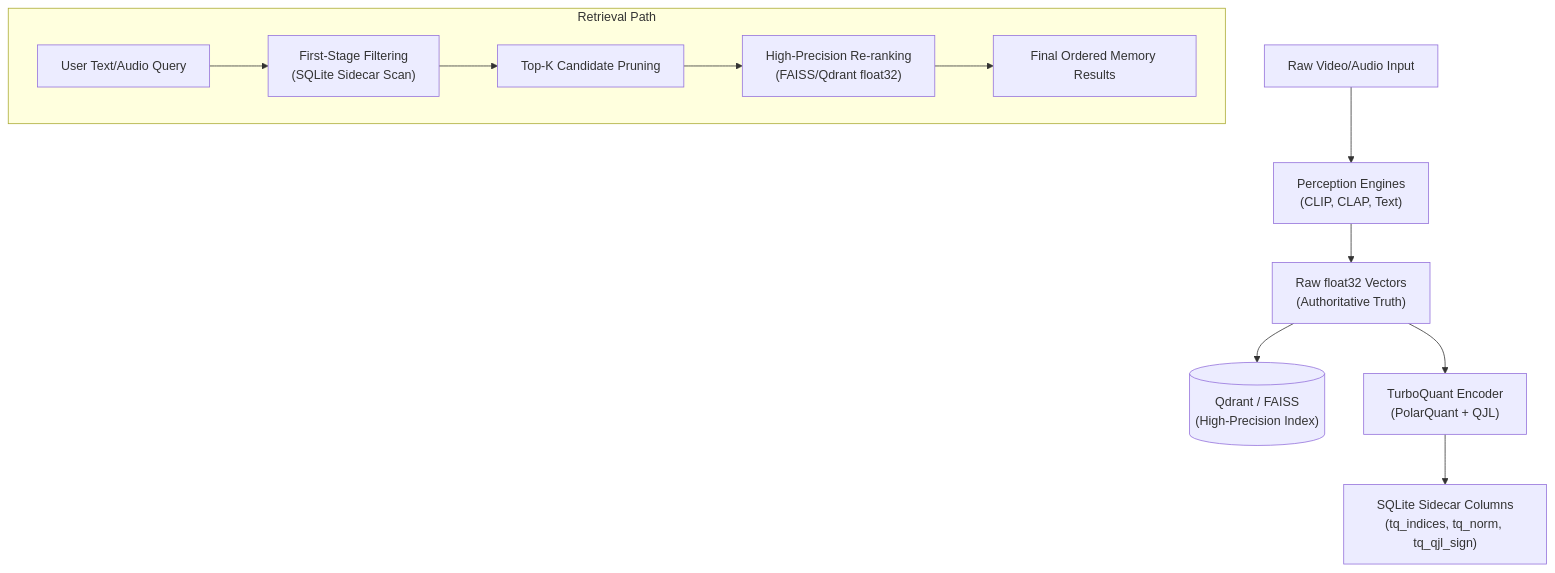
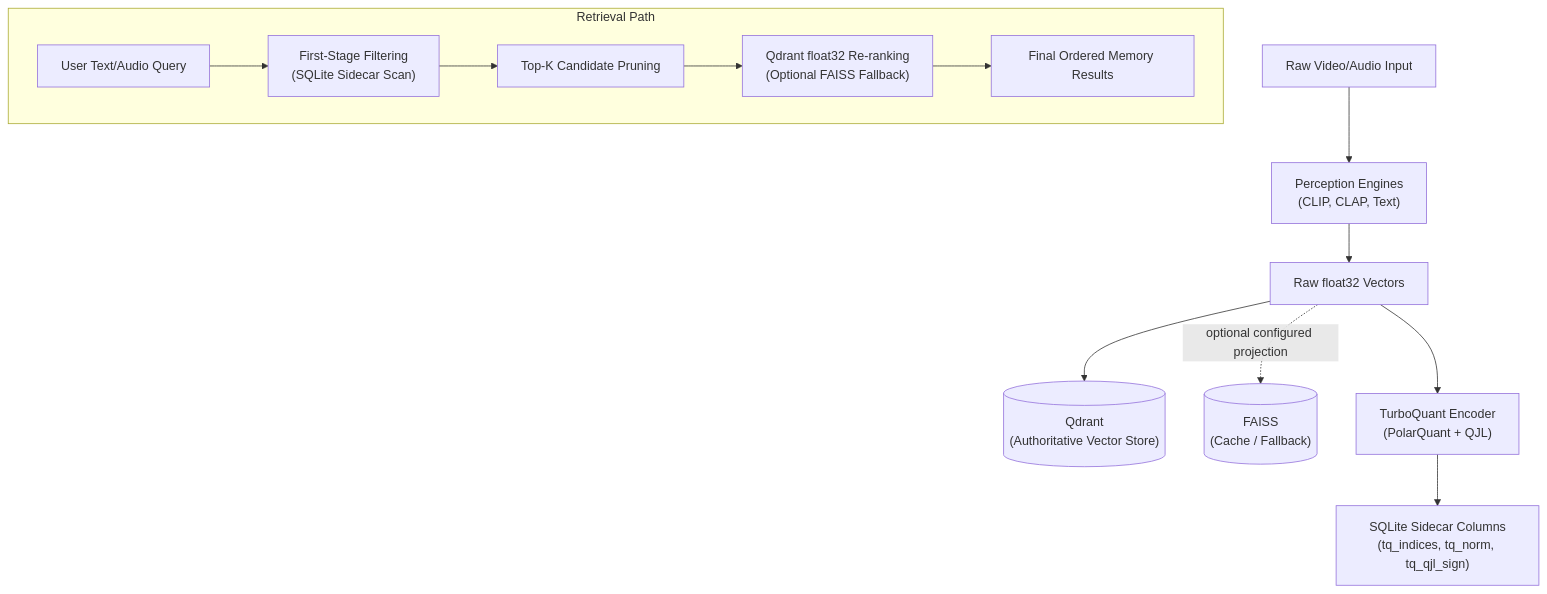
Before and after one commit to GoodQ02/goodq-memory-engine: the diagram in docs/architecture/SYSTEM_ARCHITECTURE.md, drawn with Mermaid. The commit also changed other lines of this file and 9 other files, not shown here.

````diff
--- a/docs/architecture/SYSTEM_ARCHITECTURE.md
+++ b/docs/architecture/SYSTEM_ARCHITECTURE.md
@@ -180,15 +216,16 @@
 ```mermaid
 graph TD
     A["Raw Video/Audio Input"] --> B["Perception Engines<br>(CLIP, CLAP, Text)"]
-    B --> C["Raw float32 Vectors<br>(Authoritative Truth)"]
-    C --> D[("Qdrant / FAISS<br>(High-Precision Index)")]
-    C --> E["TurboQuant Encoder<br>(PolarQuant + QJL)"]
-    E --> F["SQLite Sidecar Columns<br>(tq_indices, tq_norm, tq_qjl_sign)"]
+    B --> C["Raw float32 Vectors"]
+    C --> D[("Qdrant<br>(Authoritative Vector Store)")]
+    C -.->|optional configured projection| E[("FAISS<br>(Cache / Fallback)")]
+    C --> F["TurboQuant Encoder<br>(PolarQuant + QJL)"]
+    F --> G["SQLite Sidecar Columns<br>(tq_indices, tq_norm, tq_qjl_sign)"]
     
     subgraph "Retrieval Path"
-        G["User Text/Audio Query"] --> H["First-Stage Filtering<br>(SQLite Sidecar Scan)"]
-        H --> I["Top-K Candidate Pruning"]
-        I --> J["High-Precision Re-ranking<br>(FAISS/Qdrant float32)"]
-        J --> K["Final Ordered Memory Results"]
+        H["User Text/Audio Query"] --> I["First-Stage Filtering<br>(SQLite Sidecar Scan)"]
+        I --> J["Top-K Candidate Pruning"]
+        J --> K["Qdrant float32 Re-ranking<br>(Optional FAISS Fallback)"]
+        K --> L["Final Ordered Memory Results"]
     end
 ```
````
